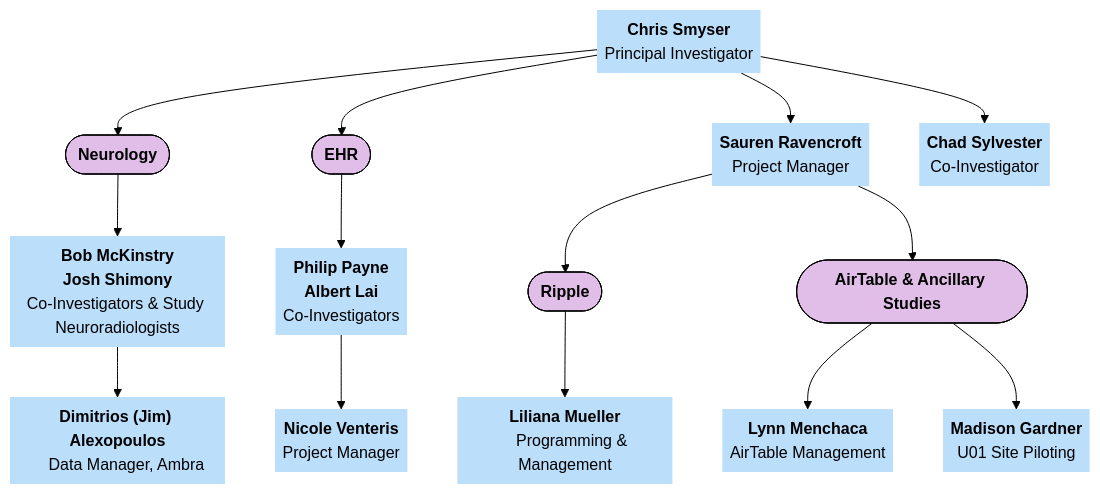
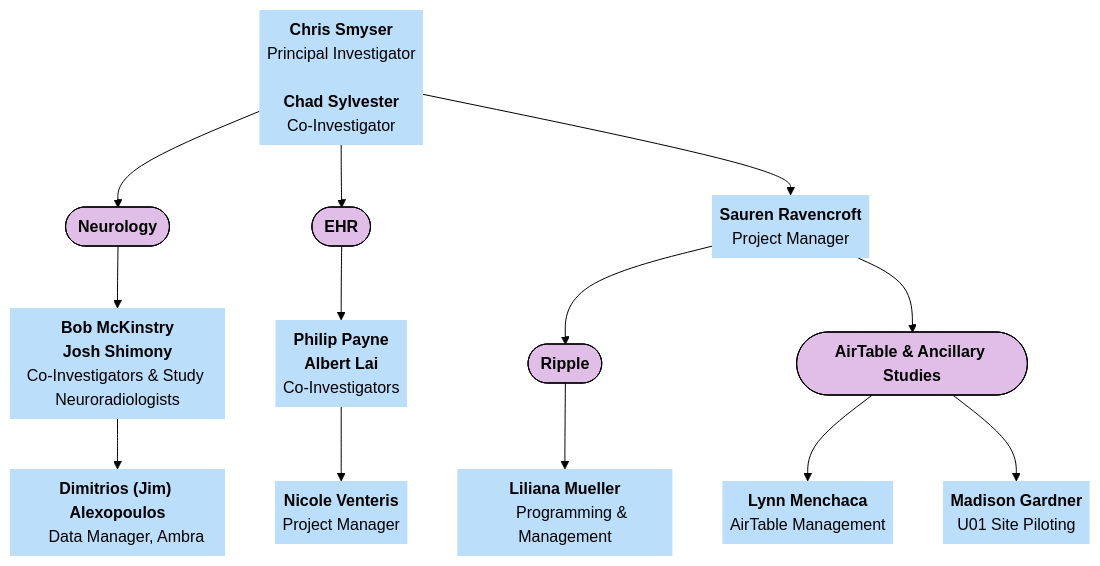
One commit to DCAN-Labs/hbcd-docs-internal changed the tenth of 10 diagrams in docs/orgcharts.md. Above: the diagram before and after it, drawn with Mermaid (forest theme).

Commit message:
update washu

````diff
--- a/docs/orgcharts.md
+++ b/docs/orgcharts.md
@@ -638,44 +638,43 @@
 ```mermaid
 ---
 config:
   layout: dagre
 ---
 flowchart TB
-    A["<b>Chris Smyser</b><br>Principal Investigator<br>"] --> neurology(["<b>Neurology</b>"]) & C(["<b>EHR</b><br>"]) & B["<b>Sauren Ravencroft</b><br>Project Manager"] & n11["<b>Chad Sylvester</b><br>Co-Investigator"]
+    A["<b>Chris Smyser</b><br>Principal Investigator<br>
+    <b>Chad Sylvester</b><br>Co-Investigator"] --> neurology(["<b>Neurology</b>"]) & C(["<b>EHR</b><br>"]) & B["<b>Sauren Ravencroft</b><br>Project Manager"]
     neurology --> n1["<b>Bob McKinstry</b><br><b>Josh Shimony</b><br>Co-Investigators &amp; Study Neuroradiologists"]
     n1 --> n2["<b>Dimitrios (Jim) Alexopoulos</b>
     Data Manager, Ambra"]
     C --> n3["<b>Philip Payne</b><br><b>Albert Lai</b>
     Co-Investigators"]
     n3 --> n4["<b>Nicole Venteris</b><br>Project Manager"]
     B --> n5(["<b>Ripple</b>"]) & n6(["<b>AirTable &amp; Ancillary Studies</b>"])
     n5 --> n8["<b>Liliana Mueller</b>
     Programming &amp; Management"]
     n6 --> n9["<b>Lynn Menchaca</b>
     AirTable Management<br>"] & n10["<b>Madison Gardner</b>
     U01 Site Piloting"]
     A@{ shape: text}
     B@{ shape: text}
-    n11@{ shape: text}
     n1@{ shape: text}
     n2@{ shape: text}
     n3@{ shape: text}
     n4@{ shape: text}
     n8@{ shape: text}
     n9@{ shape: text}
     n10@{ shape: text}
     style A fill:#BBDEFB
     style neurology fill:#E1BEE7,stroke:#000000
     style C stroke:#000000,fill:#E1BEE7
     style B fill:#BBDEFB
-    style n11 fill:#BBDEFB
     style n1 fill:#BBDEFB
     style n2 fill:#BBDEFB
     style n3 fill:#BBDEFB
     style n4 fill:#BBDEFB
     style n5 fill:#E1BEE7,stroke:#000000
     style n6 fill:#E1BEE7,stroke:#000000
     style n8 fill:#BBDEFB,stroke:none
     style n9 fill:#BBDEFB
     style n10 fill:#BBDEFB
 ```
````
